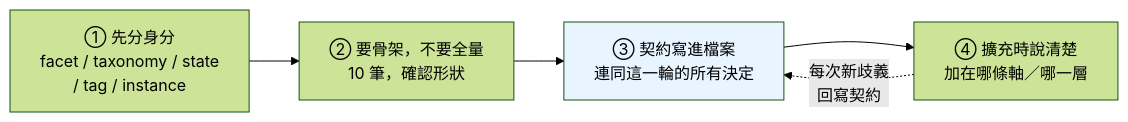
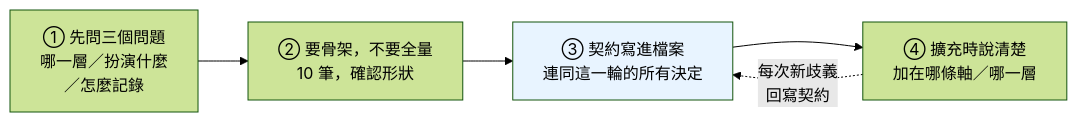
One commit to mapleelpam/LuminNexus-LearningMap changed the third of 3 diagrams in general/semantic-model-before-yaml.md. Above: the diagram before and after it, drawn with Mermaid (forest theme). The commit also changed other lines of this file, not shown here.

````diff
--- a/general/semantic-model-before-yaml.md
+++ b/general/semantic-model-before-yaml.md
@@ -615,11 +617,11 @@
 ```mermaid
 graph LR
-    A["① 先分身分<br/>facet / taxonomy / state<br/>/ tag / instance"]
+    A["① 先問三個問題<br/>哪一層／扮演什麼<br/>／怎麼記錄"]
     B["② 要骨架，不要全量<br/>10 筆，確認形狀"]
     C["③ 契約寫進檔案<br/>連同這一輪的所有決定"]
     D["④ 擴充時說清楚<br/>加在哪條軸／哪一層"]
     A --> B --> C --> D
     D -.->|"每次新歧義<br/>回寫契約"| C
 
     style C fill:#e8f4ff
 ```
````
